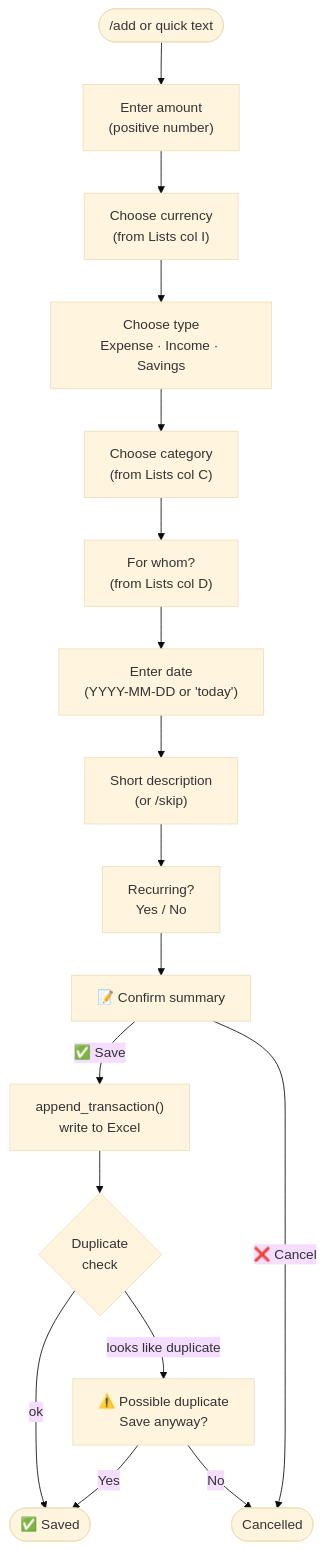
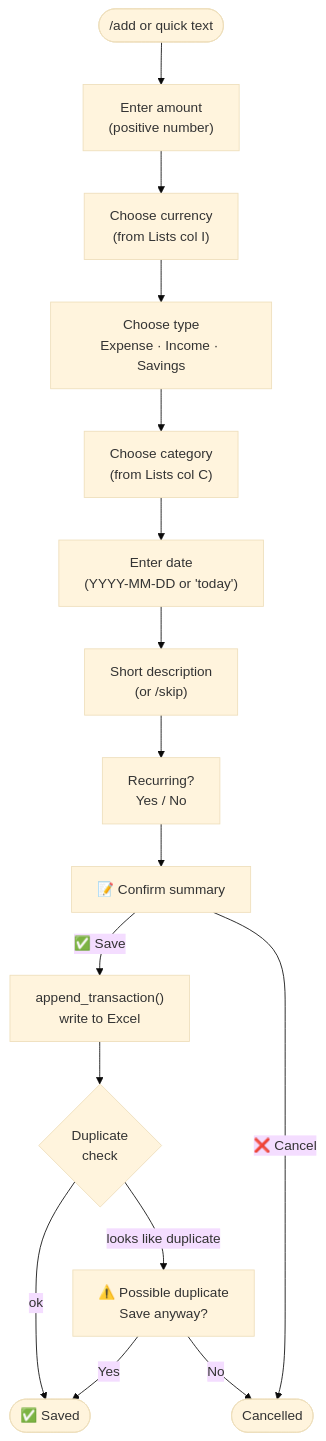
One commit to TeymurovFuad/family-budget-bot changed the fourth of 10 diagrams in docs/architecture.md. Above: the diagram before and after it, drawn with Mermaid (base theme). The commit also changed other lines of this file and 18 other files, not shown here.

First line of the commit message:
Retire the Person field from all flows: household budgets as one unit (#41)

````diff
--- a/docs/architecture.md
+++ b/docs/architecture.md
@@ -117,19 +117,18 @@
 ```mermaid
 flowchart TD
     START(["/add or quick text"]) --> VALUE["Enter amount\n(positive number)"]
     VALUE --> CCY["Choose currency\n(from Lists col I)"]
     CCY --> TYPE["Choose type\nExpense · Income · Savings"]
     TYPE --> CAT["Choose category\n(from Lists col C)"]
-    CAT --> PERSON["For whom?\n(from Lists col D)"]
-    PERSON --> DATE["Enter date\n(YYYY-MM-DD or 'today')"]
+    CAT --> DATE["Enter date\n(YYYY-MM-DD or 'today')"]
     DATE --> DESC["Short description\n(or /skip)"]
     DESC --> RECUR["Recurring?\nYes / No"]
     RECUR --> CONFIRM["📝 Confirm summary"]
     CONFIRM -->|"✅ Save"| WRITE["append_transaction()\nwrite to Excel"]
     CONFIRM -->|"❌ Cancel"| END2([Cancelled])
     WRITE --> DUP{"Duplicate\ncheck"}
     DUP -->|"looks like duplicate"| WARN["⚠️ Possible duplicate\nSave anyway?"]
     WARN -->|"Yes"| SAVED(["✅ Saved"])
     WARN -->|"No"| END2
     DUP -->|"ok"| SAVED
 ```
````
